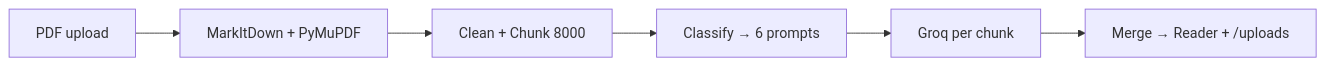
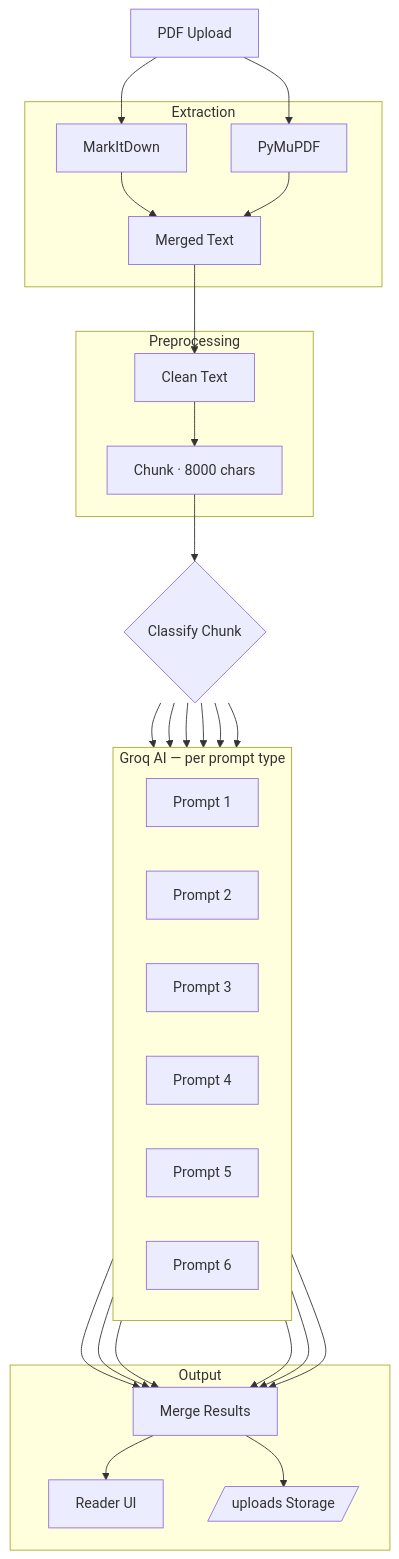
One commit to Sumitr995/MarkForge changed the diagram in README.md. Above: the diagram before and after it, drawn with Mermaid.

Commit message:
Revise flowchart in README for process overview
Updated flowchart to improve clarity and detail in the extraction and processing steps.

````diff
--- a/README.md
+++ b/README.md
@@ -85,8 +85,54 @@
 ```mermaid
-flowchart LR
-  A[PDF upload] --> B[MarkItDown + PyMuPDF]
-  B --> C[Clean + Chunk 8000]
-  C --> D[Classify → 6 prompts]
-  D --> E[Groq per chunk]
-  E --> F[Merge → Reader + /uploads]
+flowchart TD
+    A[PDF Upload]
+
+    subgraph EXTRACT[Extraction]
+        B1[MarkItDown]
+        B2[PyMuPDF]
+        B1 --> B3[Merged Text]
+        B2 --> B3
+    end
+
+    subgraph PREP[Preprocessing]
+        C1[Clean Text]
+        C2[Chunk · 8000 chars]
+        C1 --> C2
+    end
+
+    D{Classify Chunk}
+
+    subgraph AI[Groq AI — per prompt type]
+        direction LR
+        E1[Prompt 1]
+        E2[Prompt 2]
+        E3[Prompt 3]
+        E4[Prompt 4]
+        E5[Prompt 5]
+        E6[Prompt 6]
+    end
+
+    subgraph OUTPUT[Output]
+        F1[Merge Results]
+        F2[Reader UI]
+        F3[/uploads Storage/]
+        F1 --> F2
+        F1 --> F3
+    end
+
+    A --> B1
+    A --> B2
+    B3 --> C1
+    C2 --> D
+    D --> E1
+    D --> E2
+    D --> E3
+    D --> E4
+    D --> E5
+    D --> E6
+    E1 --> F1
+    E2 --> F1
+    E3 --> F1
+    E4 --> F1
+    E5 --> F1
+    E6 --> F1
 ```
````
